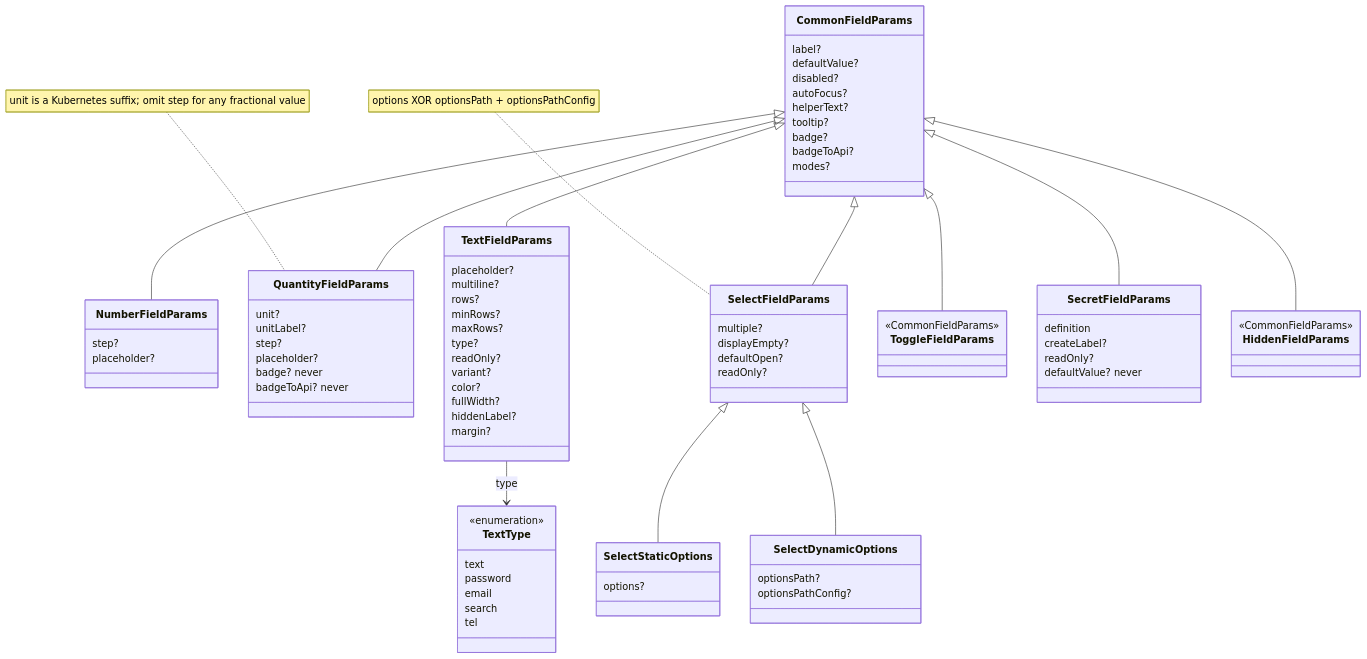
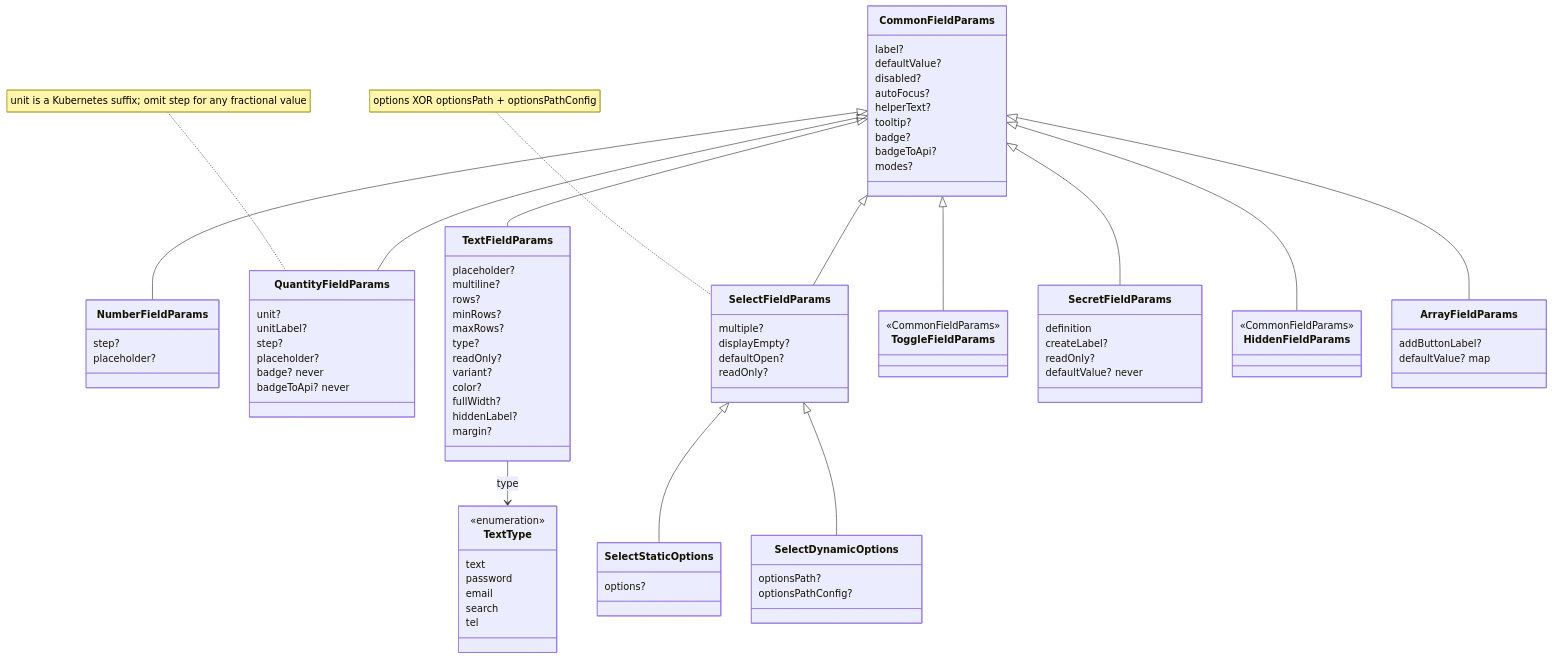
One commit to openeverest/openeverest changed the sixth of 7 diagrams in docs/ui/architecture/ui-generator/schema-reference.md. Above: the diagram before and after it, drawn with Mermaid. The commit also changed other lines of this file and 28 other files, not shown here.

First line of the commit message:
feat(ui-generator): add key/value array field

```diff
--- a/docs/ui/architecture/ui-generator/schema-reference.md
+++ b/docs/ui/architecture/ui-generator/schema-reference.md
@@ -161,6 +180,10 @@
   class HiddenFieldParams {
     <<CommonFieldParams>>
   }
+  class ArrayFieldParams {
+    addButtonLabel?
+    defaultValue? map
+  }
   CommonFieldParams <|-- NumberFieldParams
   CommonFieldParams <|-- QuantityFieldParams
   CommonFieldParams <|-- TextFieldParams
@@ -168,6 +191,7 @@
   CommonFieldParams <|-- ToggleFieldParams
   CommonFieldParams <|-- SecretFieldParams
   CommonFieldParams <|-- HiddenFieldParams
+  CommonFieldParams <|-- ArrayFieldParams
   TextFieldParams --> TextType : type
   SelectFieldParams <|-- SelectStaticOptions
   SelectFieldParams <|-- SelectDynamicOptions
```
